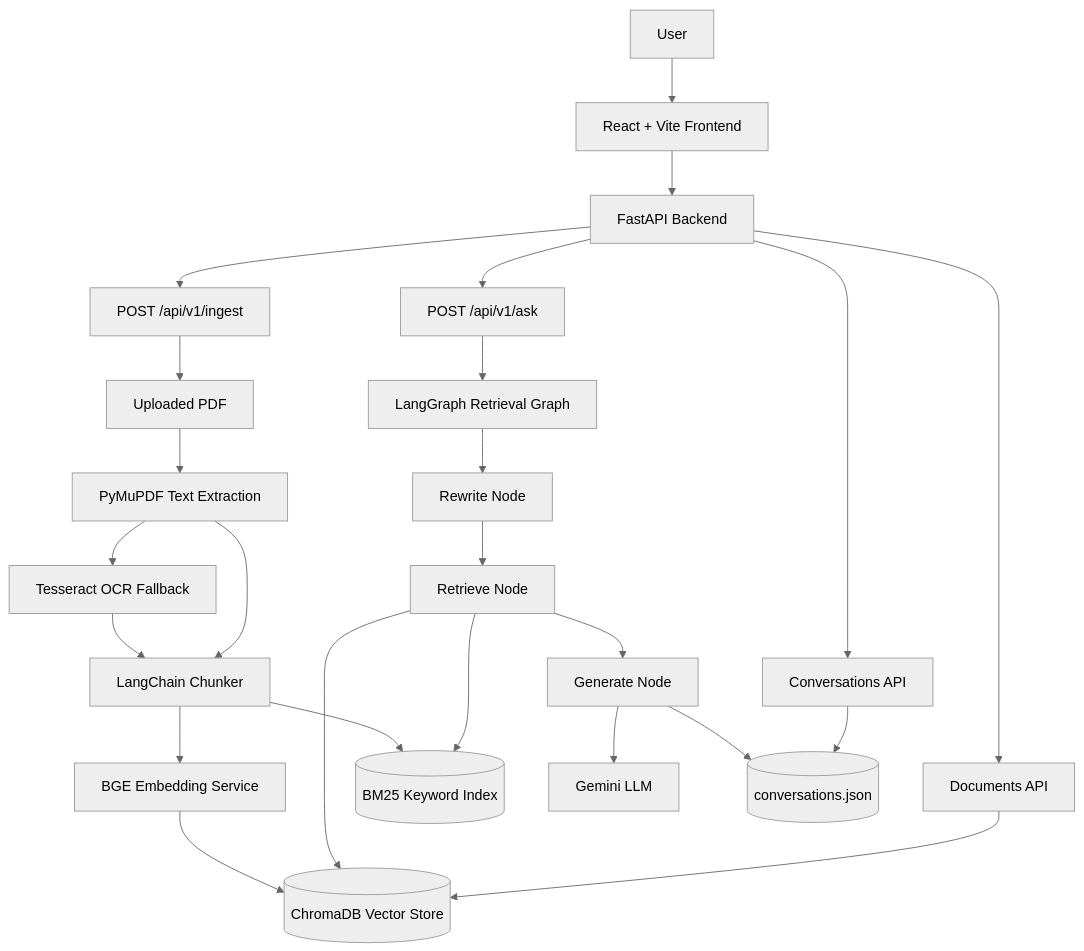
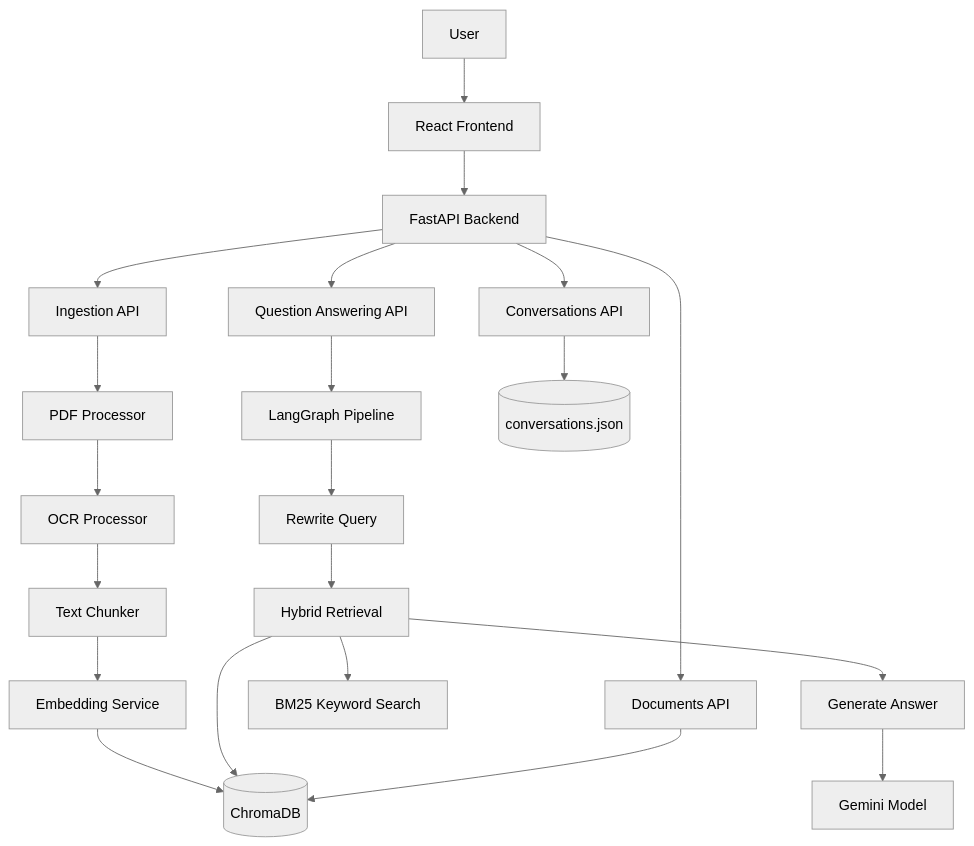
The second of 3 diagrams in README.md (saralgupta09/docuintelligence), drawn with Mermaid (neutral theme) before and after one commit. The commit also changed other lines of this file and 49 other files, not shown here.

````diff
--- a/README.md
+++ b/README.md
@@ -49,53 +133,27 @@
 ```mermaid
 flowchart TD
-    User["User"]
-    UI["React + Vite Frontend"]
-    API["FastAPI Backend"]
+    User["User"] --> Frontend["React Frontend"]
+    Frontend --> API["FastAPI Backend"]
 
-    Upload["POST /api/v1/ingest"]
-    Ask["POST /api/v1/ask"]
-    Docs["Documents API"]
-    Conversations["Conversations API"]
+    API --> Ingest["Ingestion API"]
+    API --> Ask["Question Answering API"]
+    API --> Docs["Documents API"]
+    API --> History["Conversations API"]
 
-    PDF["Uploaded PDF"]
-    Extract["PyMuPDF Text Extraction"]
-    OCR["Tesseract OCR Fallback"]
-    Chunk["LangChain Chunker"]
-    Embed["BGE Embedding Service"]
-    VectorDB[("ChromaDB Vector Store")]
-    BM25[("BM25 Keyword Index")]
+    Ingest --> PDF["PDF Processor"]
+    PDF --> OCR["OCR Processor"]
+    OCR --> Chunker["Text Chunker"]
+    Chunker --> Embed["Embedding Service"]
+    Embed --> Chroma[("ChromaDB")]
 
-    Graph["LangGraph Retrieval Graph"]
-    Rewrite["Rewrite Node"]
-    Retrieve["Retrieve Node"]
-    Generate["Generate Node"]
-    Gemini["Gemini LLM"]
-    ChatStore[("conversations.json")]
+    Ask --> Graph["LangGraph Pipeline"]
+    Graph --> Rewrite["Rewrite Query"]
+    Rewrite --> Retrieve["Hybrid Retrieval"]
+    Retrieve --> Chroma
+    Retrieve --> BM25["BM25 Keyword Search"]
+    Retrieve --> Generate["Generate Answer"]
+    Generate --> Gemini["Gemini Model"]
 
-    User --> UI
-    UI --> API
-    API --> Upload
-    API --> Ask
-    API --> Docs
-    API --> Conversations
-
-    Upload --> PDF
-    PDF --> Extract
-    Extract --> OCR
-    OCR --> Chunk
-    Extract --> Chunk
-    Chunk --> Embed
-    Embed --> VectorDB
-    Chunk --> BM25
-
-    Ask --> Graph
-    Graph --> Rewrite
-    Rewrite --> Retrieve
-    Retrieve --> VectorDB
-    Retrieve --> BM25
-    Retrieve --> Generate
-    Generate --> Gemini
-    Generate --> ChatStore
-    Conversations --> ChatStore
-    Docs --> VectorDB
+    History --> Store[("conversations.json")]
+    Docs --> Chroma
 ```
````
